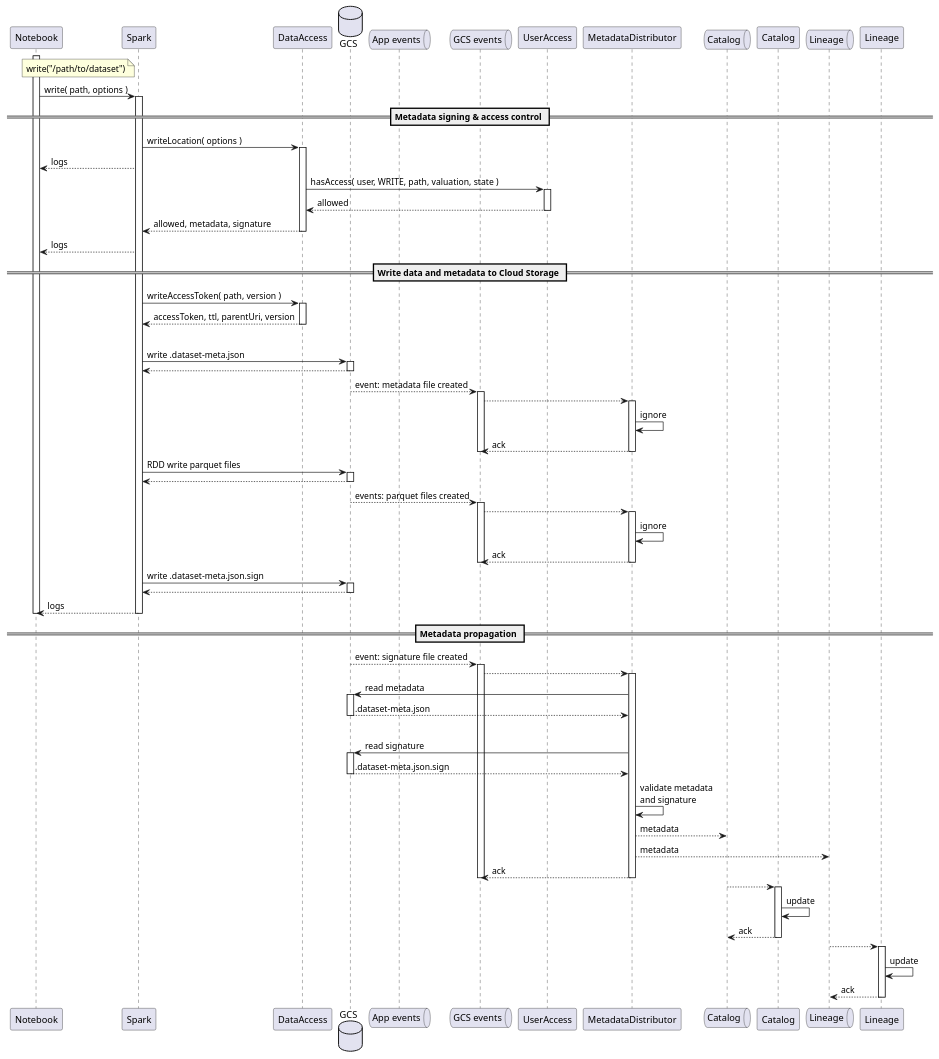
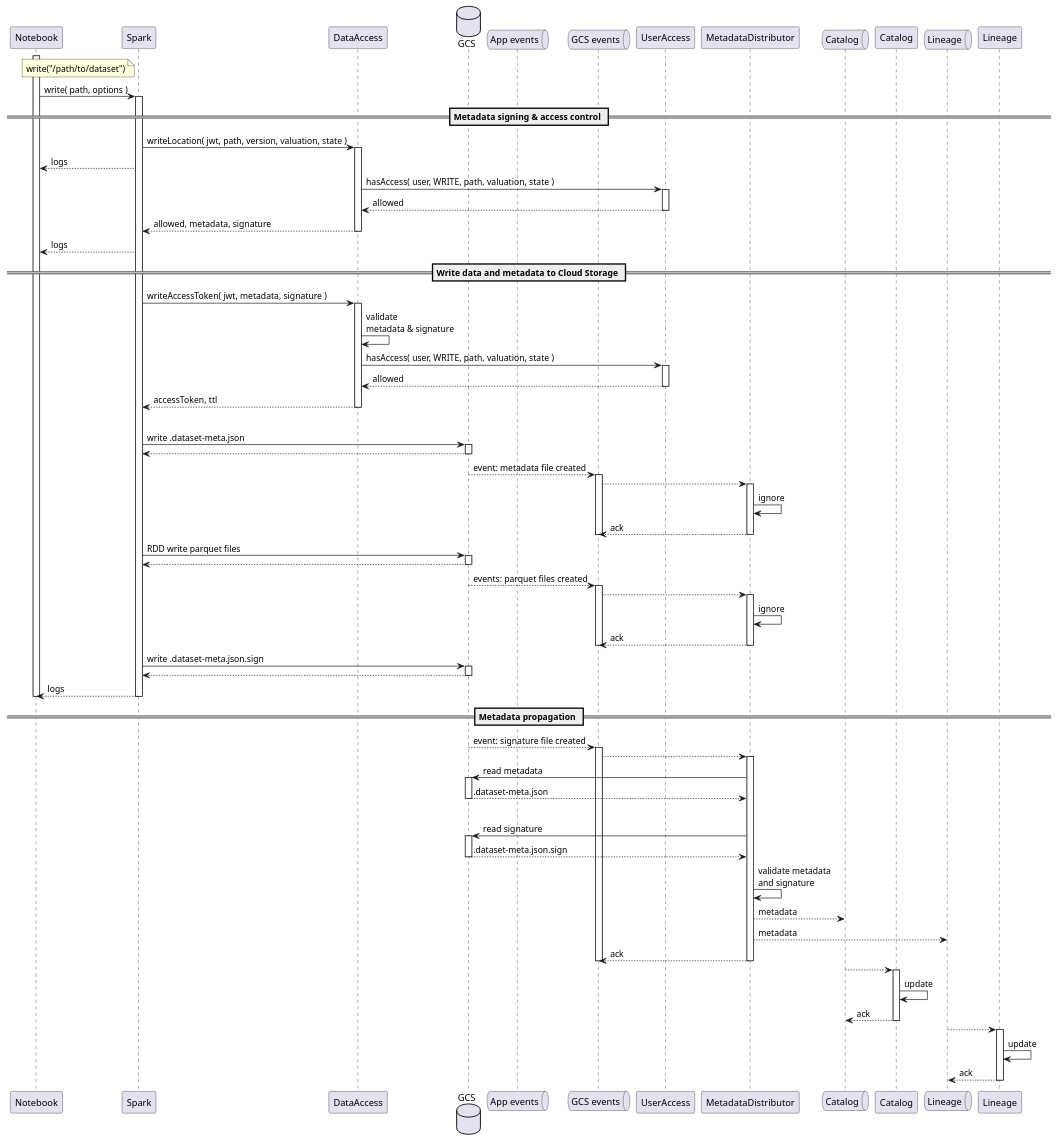
One commit to statisticsnorway/dapla-project changed the diagram in doc/data-write-success.puml. Above: the diagram before and after it, drawn with PlantUML. The commit also changed 1 other file, not shown here.

Commit message:
Updated read and write sequence diagram

```diff
--- a/doc/data-write-success.puml
+++ b/doc/data-write-success.puml
@@ -1,86 +1,89 @@
 @startuml
 
 ' Participants
 
 participant "Notebook" as notebook
 participant "Spark" as spark
 participant "DataAccess" as data_access
 database "GCS" as gcs
 queue "App events" as appQ
 queue "GCS events" as gcsQ
 participant "UserAccess" as user_access
 participant "MetadataDistributor" as distributor
 queue "Catalog" as catalogQ
 participant "Catalog" as catalog
 queue "Lineage" as lineageQ
 participant "Lineage" as lineage
 
 ' Flow
 
 note left of spark
     write("/path/to/dataset")
 end note
 
 activate notebook
 notebook->spark ++ : write( path, options )
 
 == Metadata signing & access control ==
 
-spark->data_access ++ : writeLocation( options )
+spark->data_access ++ : writeLocation( jwt, path, version, valuation, state )
 spark-->notebook: logs
 data_access->user_access ++ : hasAccess( user, WRITE, path, valuation, state )
 return allowed
 return allowed, metadata, signature
 spark-->notebook: logs
 
 == Write data and metadata to Cloud Storage ==
 
-spark->data_access ++ : writeAccessToken( path, version )
-return accessToken, ttl, parentUri, version
+spark->data_access ++ : writeAccessToken( jwt, metadata, signature )
+data_access -> data_access : validate \nmetadata & signature
+data_access->user_access ++ : hasAccess( user, WRITE, path, valuation, state )
+return allowed
+return accessToken, ttl
 |||
 spark->gcs ++ : write .dataset-meta.json
 return
 gcs-->gcsQ ++ : event: metadata file created
 gcsQ-->distributor ++
 distributor->distributor: ignore
 return ack
 deactivate gcsQ
 
 spark->gcs ++ : RDD write parquet files
 return
 
 gcs-->gcsQ ++ : events: parquet files created
 gcsQ-->distributor ++
 distributor->distributor: ignore
 return ack
 deactivate gcsQ
 
 spark->gcs ++ : write .dataset-meta.json.sign
 return
 return logs
 deactivate notebook
 
 == Metadata propagation ==
 
 gcs-->gcsQ ++ : event: signature file created
 gcsQ-->distributor ++
 distributor->gcs ++ : read metadata
 return .dataset-meta.json
 |||
 distributor->gcs ++ : read signature
 return .dataset-meta.json.sign
 distributor->distributor : validate metadata\nand signature
 distributor-->catalogQ: metadata
 distributor-->lineageQ: metadata
 return ack
 deactivate gcsQ
 
 catalogQ-->catalog ++
 catalog->catalog: update
 return ack
 
 lineageQ-->lineage ++
 lineage->lineage: update
 return ack
 
 @enduml
```
